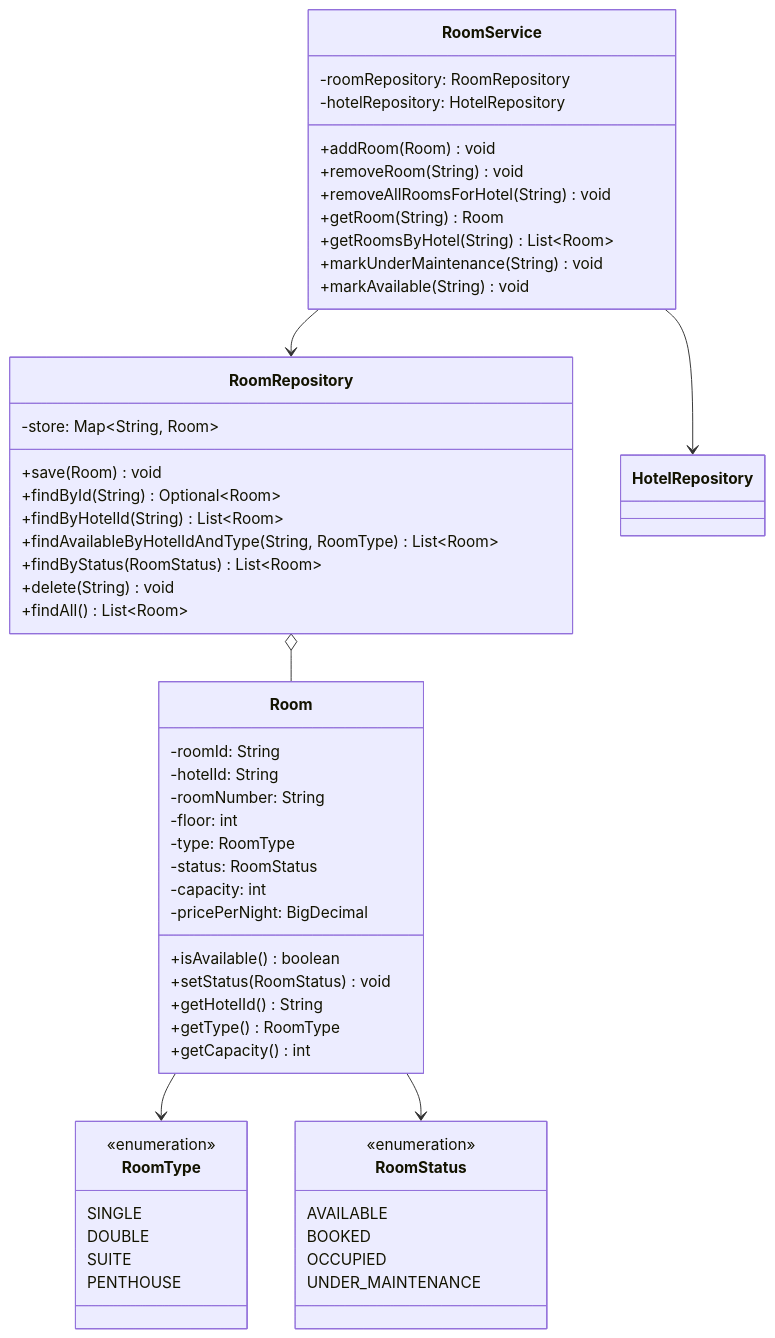
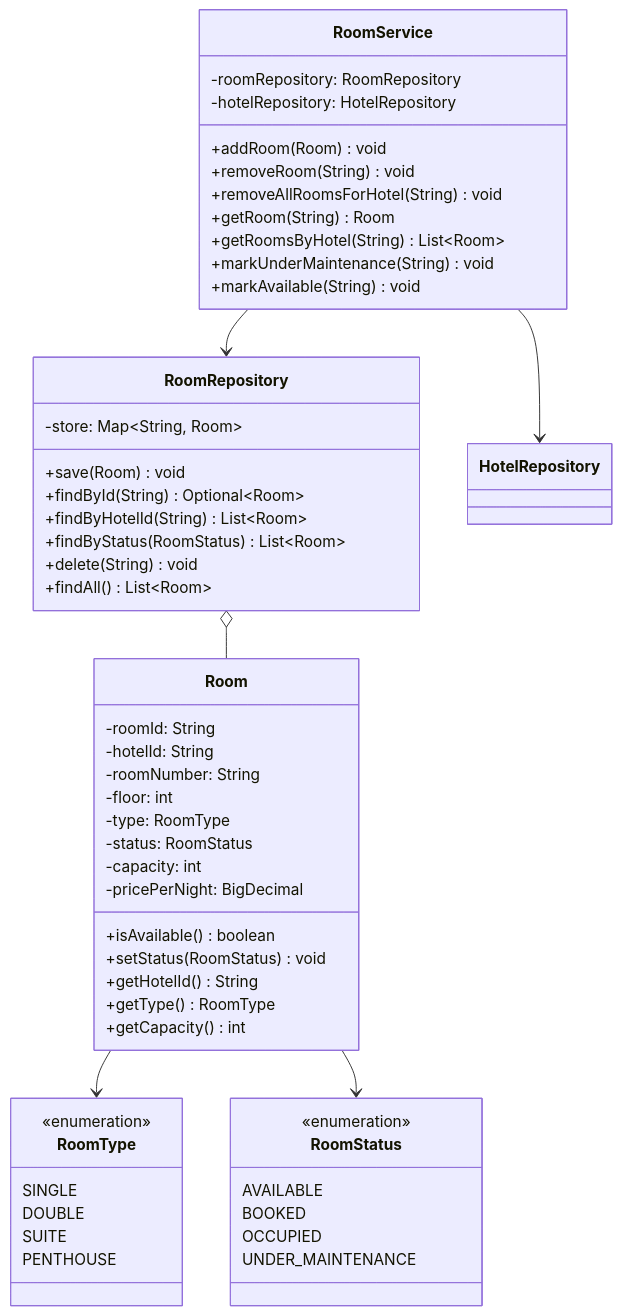
The second of 9 diagrams in HotelManagement/HMS_Class_Diagrams.md (Arnavjain1703/LLD), drawn with Mermaid before and after one commit. The commit also changed other lines of this file, not shown here.

````diff
--- a/HotelManagement/HMS_Class_Diagrams.md
+++ b/HotelManagement/HMS_Class_Diagrams.md
@@ -67,63 +71,62 @@
 ```mermaid
 classDiagram
     class Room {
         -roomId: String
         -hotelId: String
         -roomNumber: String
         -floor: int
         -type: RoomType
         -status: RoomStatus
         -capacity: int
         -pricePerNight: BigDecimal
         +isAvailable() boolean
         +setStatus(RoomStatus) void
         +getHotelId() String
         +getType() RoomType
         +getCapacity() int
     }
 
     class RoomType {
         <<enumeration>>
         SINGLE
         DOUBLE
         SUITE
         PENTHOUSE
     }
 
     class RoomStatus {
         <<enumeration>>
         AVAILABLE
         BOOKED
         OCCUPIED
         UNDER_MAINTENANCE
     }
 
     class RoomRepository {
         -store: Map~String, Room~
         +save(Room) void
         +findById(String) Optional~Room~
         +findByHotelId(String) List~Room~
-        +findAvailableByHotelIdAndType(String, RoomType) List~Room~
         +findByStatus(RoomStatus) List~Room~
         +delete(String) void
         +findAll() List~Room~
     }
 
     class RoomService {
         -roomRepository: RoomRepository
         -hotelRepository: HotelRepository
         +addRoom(Room) void
         +removeRoom(String) void
         +removeAllRoomsForHotel(String) void
         +getRoom(String) Room
         +getRoomsByHotel(String) List~Room~
         +markUnderMaintenance(String) void
         +markAvailable(String) void
     }
 
     Room            -->  RoomType
     Room            -->  RoomStatus
     RoomRepository  o--  Room
     RoomService     -->  RoomRepository
     RoomService     -->  HotelRepository
 ```
````
